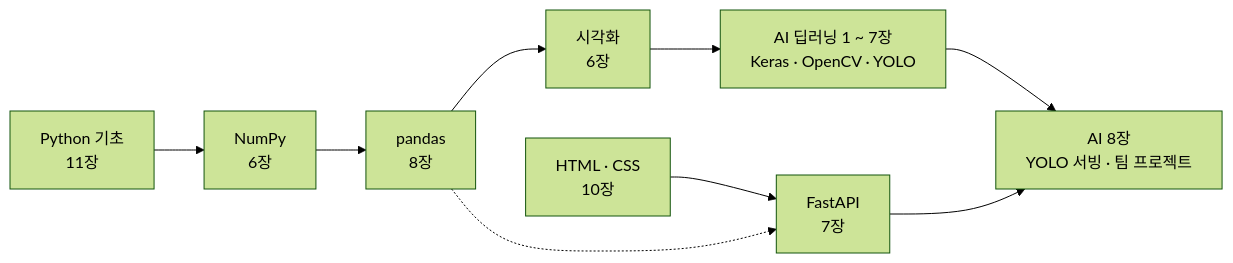
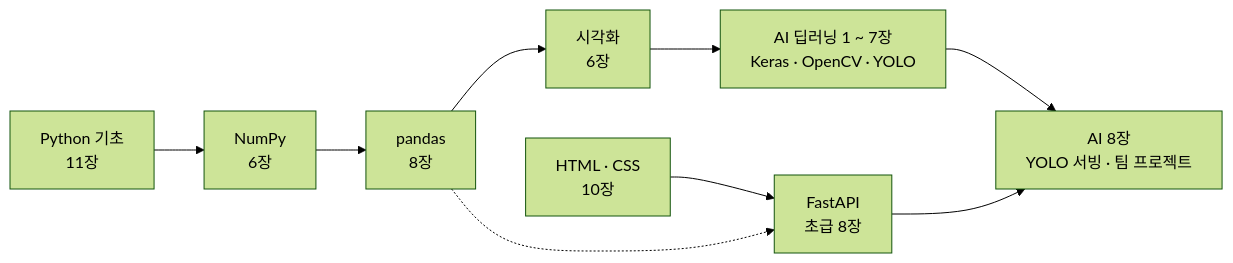
The diagram in README.md (sinaboro/ai-service-course), drawn with Mermaid (forest theme) before and after one commit. The commit also changed other lines of this file and 172 other files, not shown here.

First line of the commit message:
FastAPI: 웹 초보용 초급 과정 새로 작성, 기존 1~7장은 심화과정으로 이동

````diff
--- a/README.md
+++ b/README.md
@@ -21,8 +21,8 @@
 ```mermaid
 flowchart LR
   P["Python 기초<br/>11장"] --> N["NumPy<br/>6장"] --> D["pandas<br/>8장"] --> V["시각화<br/>6장"] --> A["AI 딥러닝 1 ~ 7장<br/>Keras · OpenCV · YOLO"]
-  H["HTML · CSS<br/>10장"] --> F["FastAPI<br/>7장"]
+  H["HTML · CSS<br/>10장"] --> F["FastAPI<br/>초급 8장"]
   A --> X["AI 8장<br/>YOLO 서빙 · 팀 프로젝트"]
   F --> X
   D -.-> F
 ```
````
